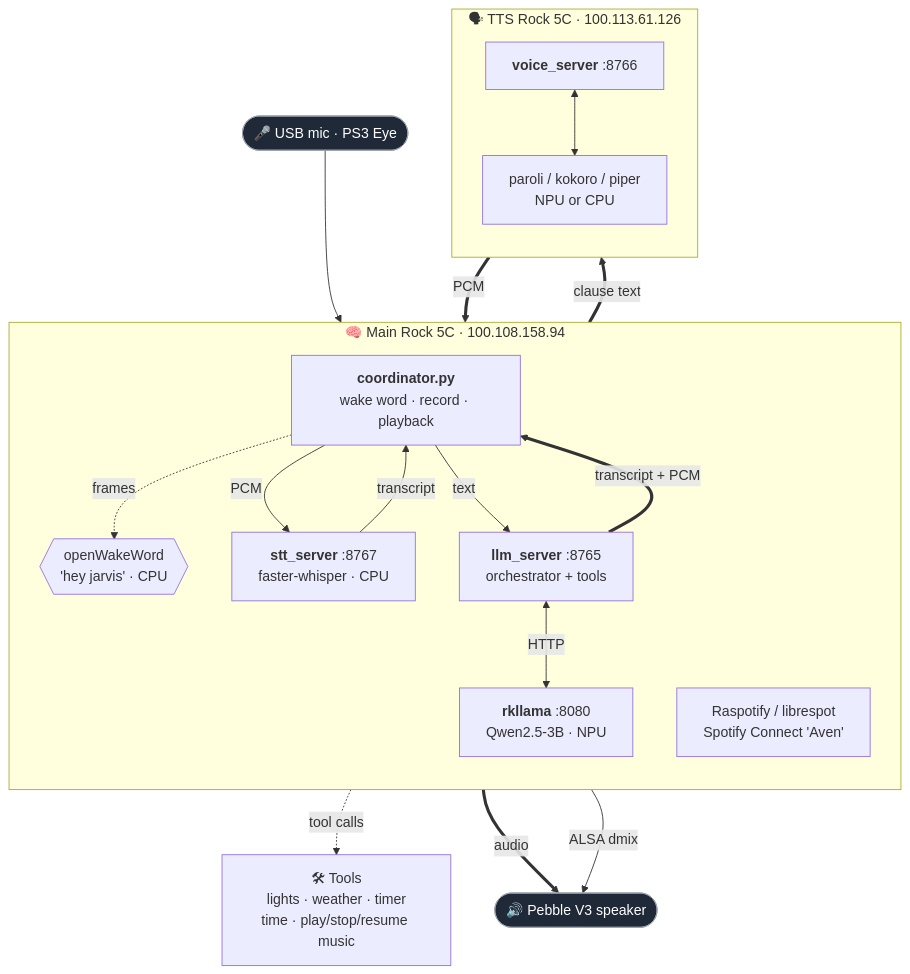
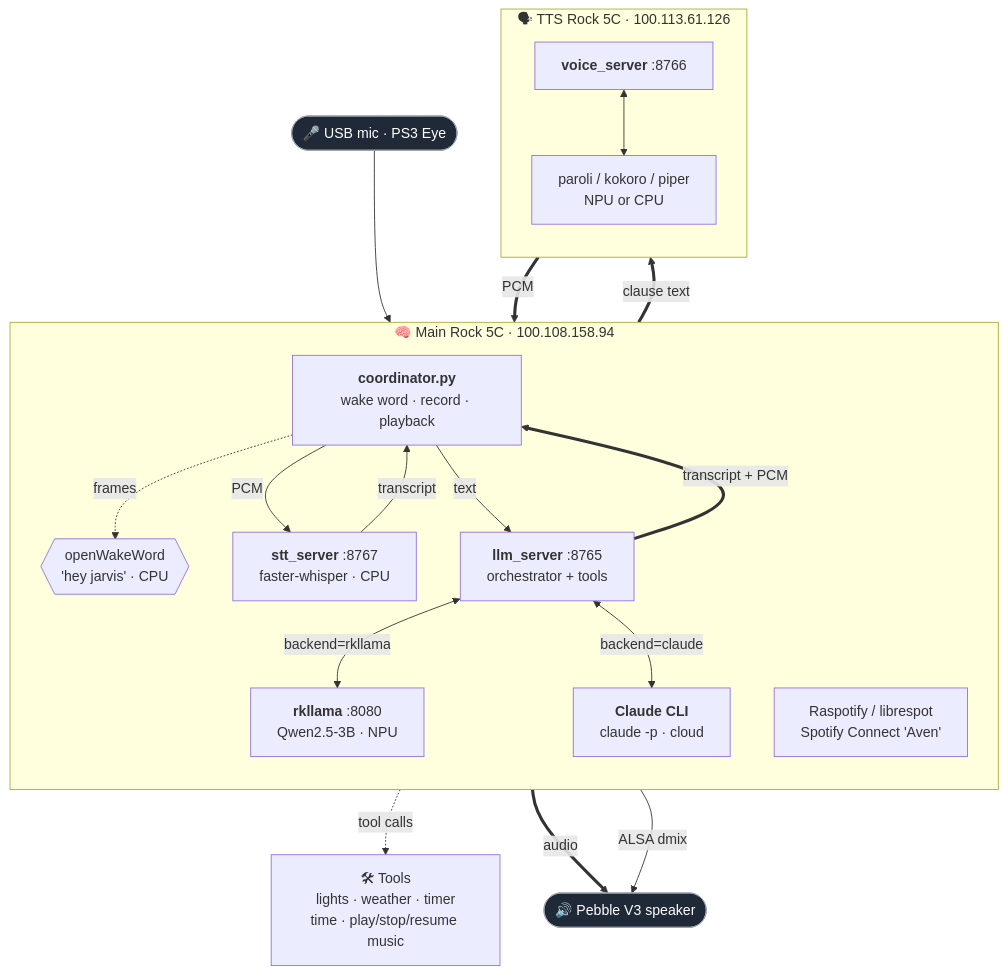
The first of 2 diagrams in README.md (Melonmain/Aven), drawn with Mermaid before and after one commit. The commit also changed other lines of this file and 4 other files, not shown here.

First line of the commit message:
Add Claude CLI as the default LLM backend (toggle in config)

````diff
--- a/README.md
+++ b/README.md
@@ -25,39 +25,41 @@
 ```mermaid
 flowchart TB
     mic([🎤 USB mic · PS3 Eye]):::hw
     spk([🔊 Pebble V3 speaker]):::hw
 
     subgraph main["🧠 Main Rock 5C · 100.108.158.94"]
         direction TB
         coord["<b>coordinator.py</b><br/>wake word · record · playback"]
         ww{{"openWakeWord<br/>'hey jarvis' · CPU"}}
         stt["<b>stt_server</b> :8767<br/>faster-whisper · CPU"]
         llm["<b>llm_server</b> :8765<br/>orchestrator + tools"]
         rk["<b>rkllama</b> :8080<br/>Qwen2.5-3B · NPU"]
+        cl["<b>Claude CLI</b><br/>claude -p · cloud"]
         rasp["Raspotify / librespot<br/>Spotify Connect 'Aven'"]
 
         coord -.->|frames| ww
         coord -->|PCM| stt -->|transcript| coord
         coord -->|text| llm
-        llm <-->|HTTP| rk
+        llm <-->|backend=rkllama| rk
+        llm <-->|backend=claude| cl
     end
 
     subgraph ttsb["🗣 TTS Rock 5C · 100.113.61.126"]
         direction TB
         voice["<b>voice_server</b> :8766"]
         engine["paroli / kokoro / piper<br/>NPU or CPU"]
         voice <--> engine
     end
 
     tools["🛠 Tools<br/>lights · weather · timer<br/>time · play/stop/resume music"]
 
     mic --> coord
     llm -.->|tool calls| tools
     llm ==>|clause text| voice
     voice ==>|PCM| llm
     llm ==>|transcript + PCM| coord
     coord ==>|audio| spk
     rasp -->|ALSA dmix| spk
 
     classDef hw fill:#1f2937,stroke:#9ca3af,color:#fff;
 ```
````
